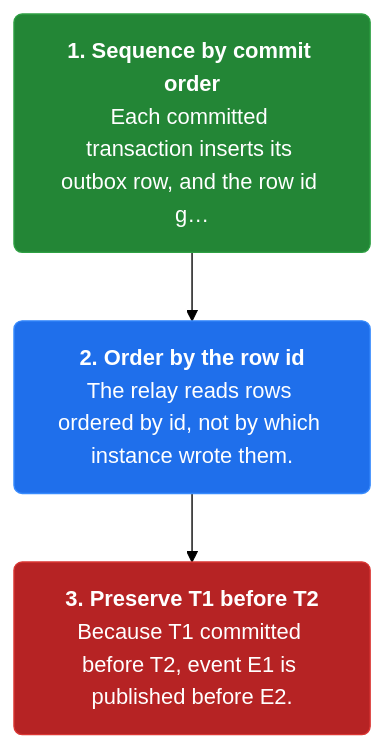
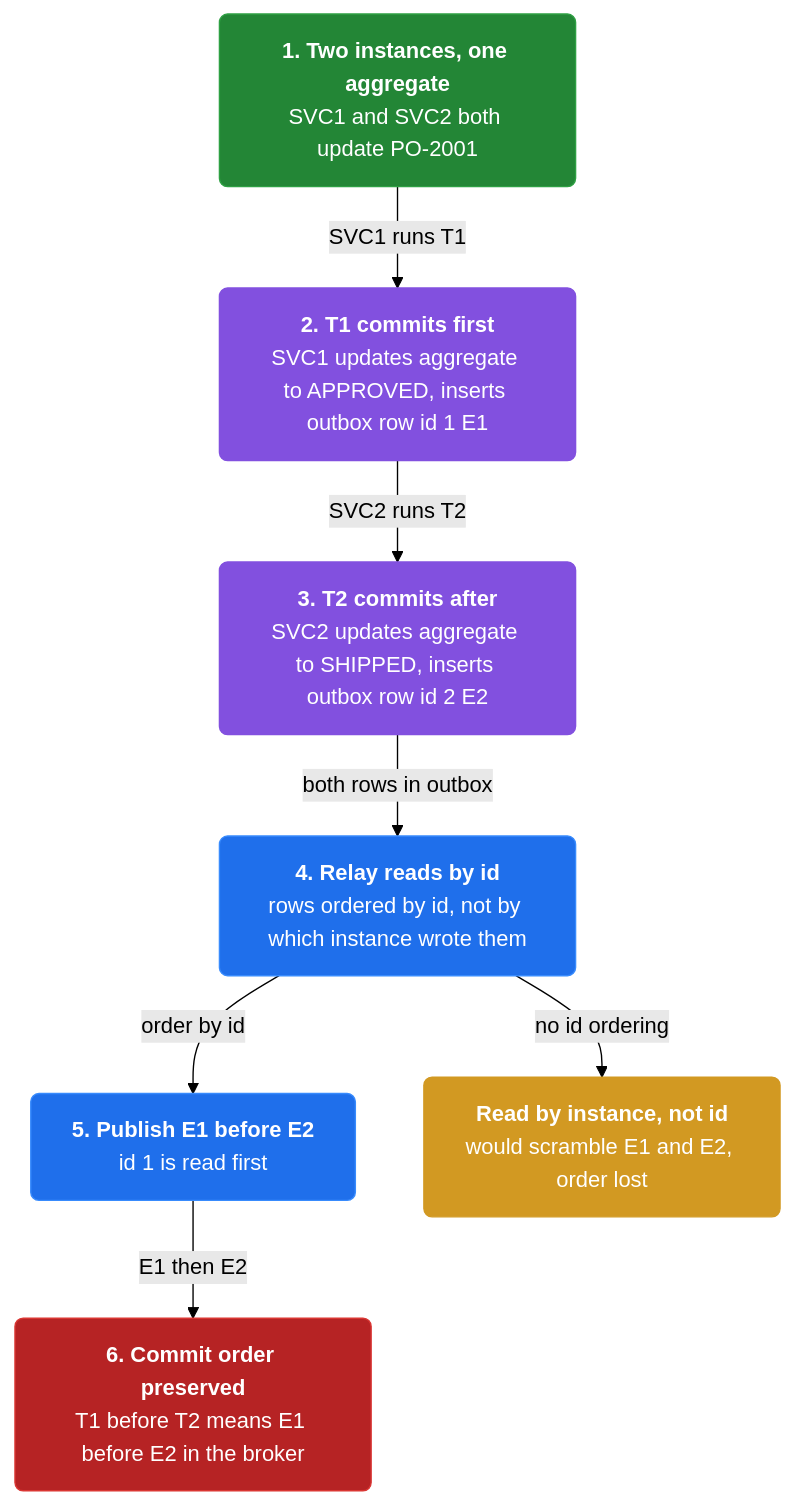
The fourth of 4 diagrams in docs/ch14-transactional-outbox.md (vinayakuber/microservices-io-study-guide), drawn with Mermaid (forest theme) before and after one commit. The commit also changed other lines of this file and 46 other files, not shown here.

First line of the commit message:
Author rich branching flow diagrams for all 44 chapters

````diff
--- a/docs/ch14-transactional-outbox.md
+++ b/docs/ch14-transactional-outbox.md
@@ -132,11 +168,21 @@
 ```mermaid
 flowchart TD
-  classDef step fill:#1f6feb,color:#ffffff,stroke:#388bfd,stroke-width:1px,rx:6
+  classDef step fill:#1f6feb,color:#ffffff,stroke:#388bfd,rx:6
+  classDef core fill:#8250df,color:#ffffff,stroke:#8250df,rx:6
+  classDef warn fill:#d29922,color:#ffffff,stroke:#d29922,rx:6
   classDef start fill:#238636,color:#ffffff,stroke:#2ea043,rx:6
   classDef stop fill:#b62324,color:#ffffff,stroke:#da3633,rx:6
-  s3n0["<b>1. Sequence by commit order</b><br/>Each committed transaction inserts its outbox row, and the row id g…"]:::start
-  s3n1["<b>2. Order by the row id</b><br/>The relay reads rows ordered by id, not by which instance wrote them."]:::step
-  s3n2["<b>3. Preserve T1 before T2</b><br/>Because T1 committed before T2, event E1 is published before E2."]:::stop
-  s3n0 --> s3n1
-  s3n1 --> s3n2
+  n0["<b>1. Two instances, one aggregate</b><br/>SVC1 and SVC2 both update PO-2001"]:::start
+  n1["<b>2. T1 commits first</b><br/>SVC1 updates aggregate to APPROVED, inserts outbox row id 1 E1"]:::core
+  n2["<b>3. T2 commits after</b><br/>SVC2 updates aggregate to SHIPPED, inserts outbox row id 2 E2"]:::core
+  n3["<b>4. Relay reads by id</b><br/>rows ordered by id, not by which instance wrote them"]:::step
+  n4["<b>5. Publish E1 before E2</b><br/>id 1 is read first"]:::step
+  n5["<b>6. Commit order preserved</b><br/>T1 before T2 means E1 before E2 in the broker"]:::stop
+  n6["<b>Read by instance, not id</b><br/>would scramble E1 and E2, order lost"]:::warn
+  n0 -->|"SVC1 runs T1"| n1
+  n1 -->|"SVC2 runs T2"| n2
+  n2 -->|"both rows in outbox"| n3
+  n3 -->|"order by id"| n4
+  n3 -->|"no id ordering"| n6
+  n4 -->|"E1 then E2"| n5
 ```
````
